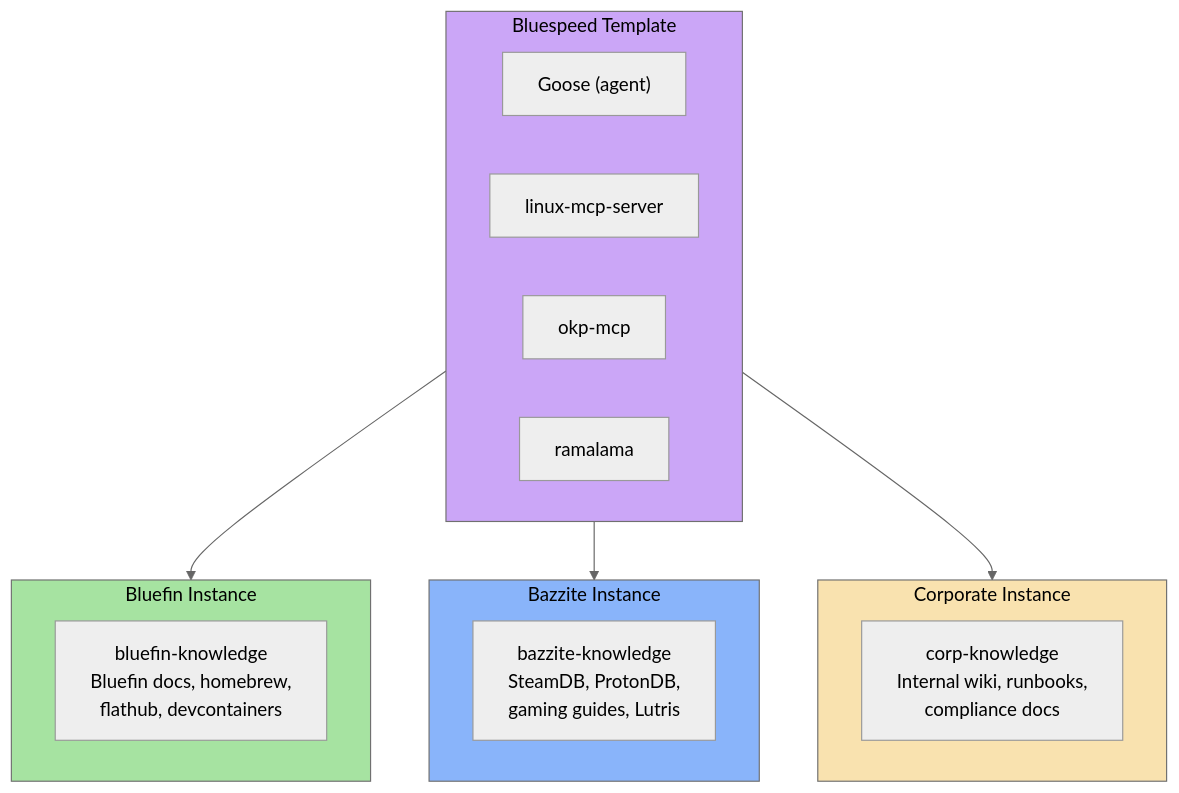
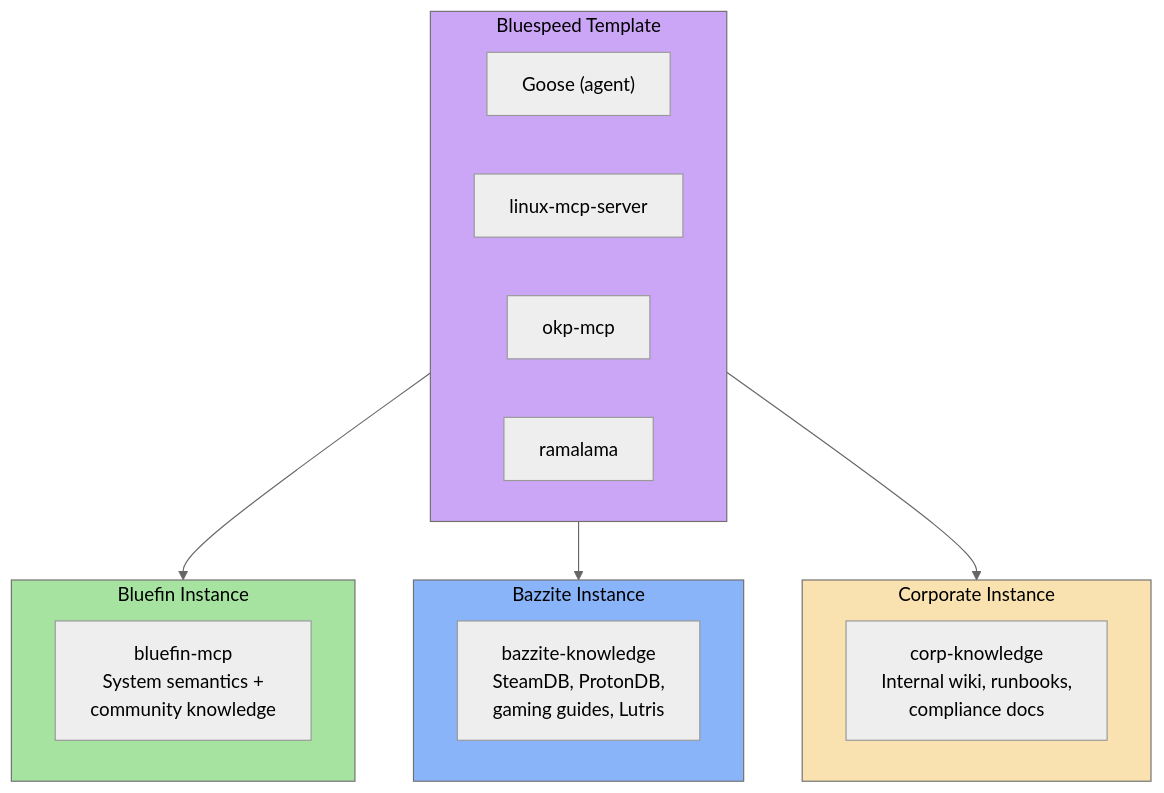
Diagram 17 of 19 in specs/00-bluespeed-specification.md (projectbluefin/common), drawn with Mermaid (neutral theme) before and after one commit. The commit also changed other lines of this file, not shown here.

First line of the commit message:
spec: Integrate bluefin-mcp as first-class component, consolidate knowledge layer (v0.2)

````diff
--- a/specs/00-bluespeed-specification.md
+++ b/specs/00-bluespeed-specification.md
@@ -2456,30 +2528,30 @@
 ```mermaid
 graph TD
     subgraph Template["Bluespeed Template"]
         GOOSE["Goose (agent)"]
         LMS["linux-mcp-server"]
         OKP["okp-mcp"]
         RAM["ramalama"]
     end
 
     subgraph Bluefin["Bluefin Instance"]
-        BFK1["bluefin-knowledge<br/>Bluefin docs, homebrew,<br/>flathub, devcontainers"]
+        BFK1["bluefin-mcp<br/>System semantics +<br/>community knowledge"]
     end
 
     subgraph Bazzite["Bazzite Instance"]
         BFK2["bazzite-knowledge<br/>SteamDB, ProtonDB,<br/>gaming guides, Lutris"]
     end
 
     subgraph Corporate["Corporate Instance"]
         BFK3["corp-knowledge<br/>Internal wiki, runbooks,<br/>compliance docs"]
     end
 
     Template --> Bluefin
     Template --> Bazzite
     Template --> Corporate
 
     style Template fill:#cba6f7,color:#000
     style Bluefin fill:#a6e3a1,color:#000
     style Bazzite fill:#89b4fa,color:#000
     style Corporate fill:#f9e2af,color:#000
 ```
````
